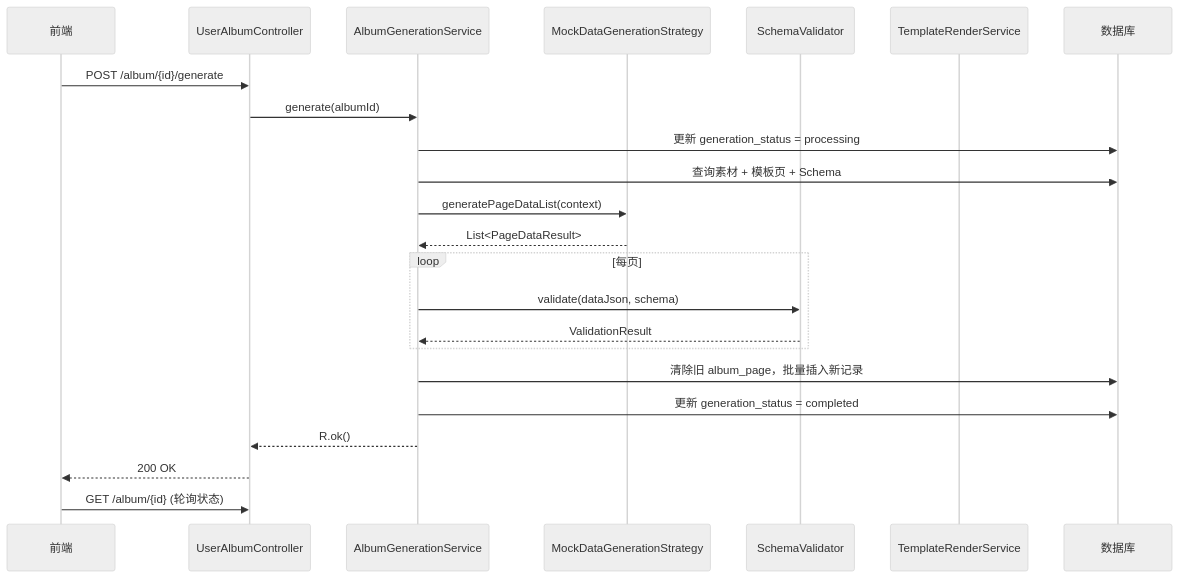
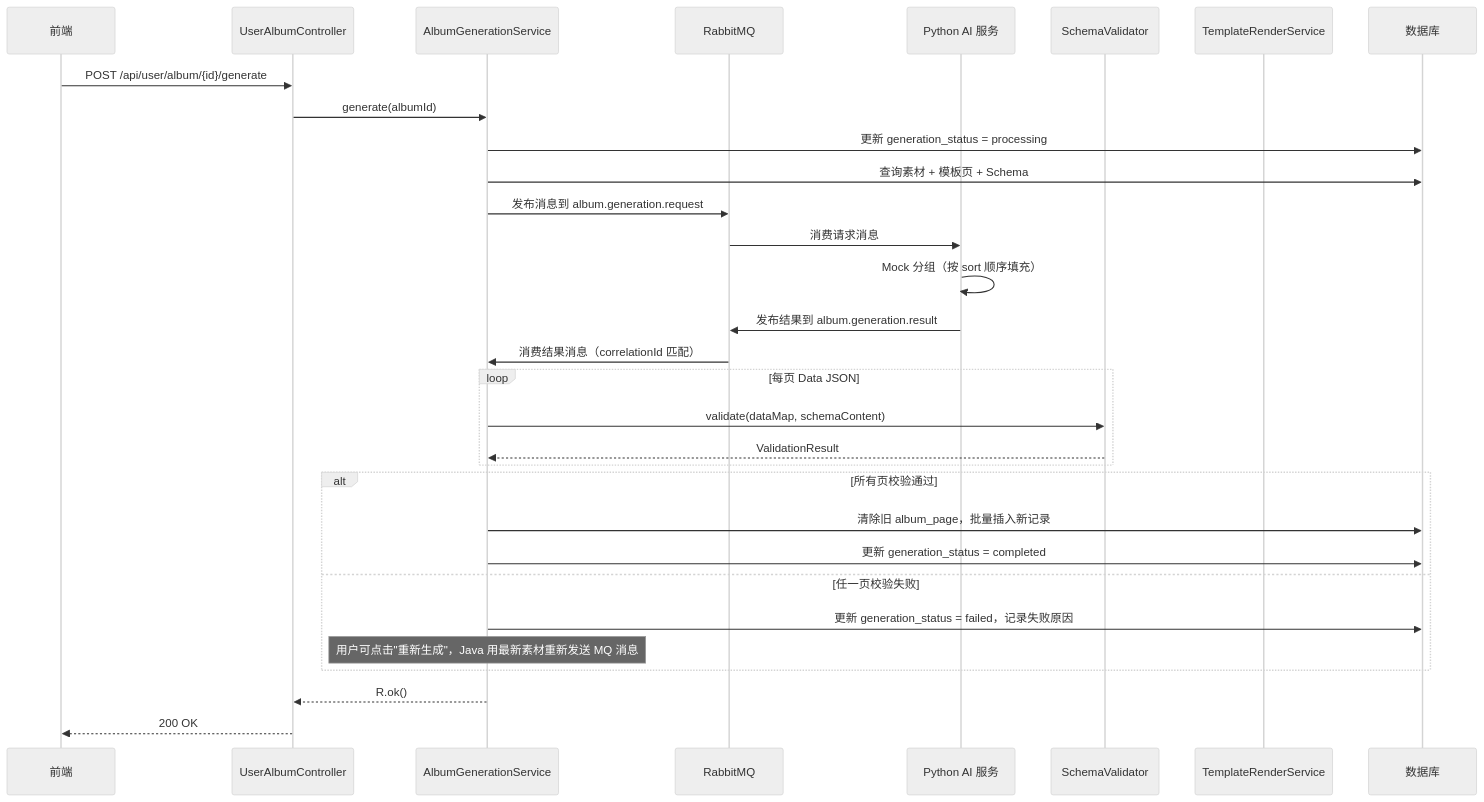
One commit to xiao111-star/YearArk changed the second of 4 diagrams in .kiro/specs/album-render-pipeline/design.md. Above: the diagram before and after it, drawn with Mermaid (neutral theme). The commit also changed other lines of this file and 27 other files, not shown here.

````diff
--- a/.kiro/specs/album-render-pipeline/design.md
+++ b/.kiro/specs/album-render-pipeline/design.md
@@ -86,26 +74,34 @@
 ```mermaid
 sequenceDiagram
     participant U as 前端
     participant C as UserAlbumController
     participant G as AlbumGenerationService
-    participant M as MockDataGenerationStrategy
+    participant MQ as RabbitMQ
+    participant PY as Python AI 服务
     participant V as SchemaValidator
     participant R as TemplateRenderService
     participant DB as 数据库
 
-    U->>C: POST /album/{id}/generate
+    U->>C: POST /api/user/album/{id}/generate
     C->>G: generate(albumId)
     G->>DB: 更新 generation_status = processing
     G->>DB: 查询素材 + 模板页 + Schema
-    G->>M: generatePageDataList(context)
-    M-->>G: List<PageDataResult>
-    loop 每页
-        G->>V: validate(dataJson, schema)
+    G->>MQ: 发布消息到 album.generation.request
+    MQ->>PY: 消费请求消息
+    PY->>PY: Mock 分组（按 sort 顺序填充）
+    PY->>MQ: 发布结果到 album.generation.result
+    MQ->>G: 消费结果消息（correlationId 匹配）
+    loop 每页 Data JSON
+        G->>V: validate(dataMap, schemaContent)
         V-->>G: ValidationResult
     end
-    G->>DB: 清除旧 album_page，批量插入新记录
-    G->>DB: 更新 generation_status = completed
+    alt 所有页校验通过
+        G->>DB: 清除旧 album_page，批量插入新记录
+        G->>DB: 更新 generation_status = completed
+    else 任一页校验失败
+        G->>DB: 更新 generation_status = failed，记录失败原因
+        Note over G: 用户可点击"重新生成"，Java 用最新素材重新发送 MQ 消息
+    end
     G-->>C: R.ok()
     C-->>U: 200 OK
-    U->>C: GET /album/{id} (轮询状态)
 ```
````
